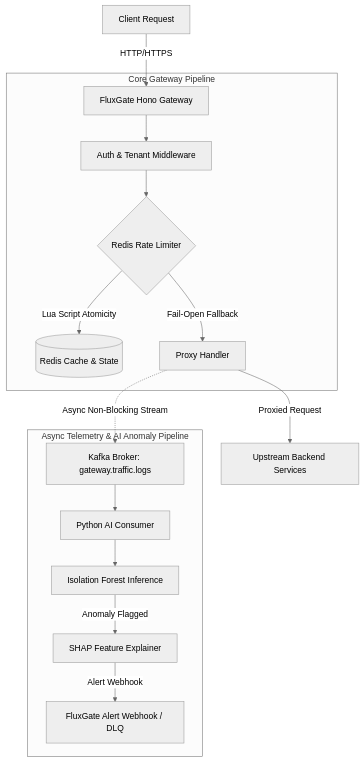
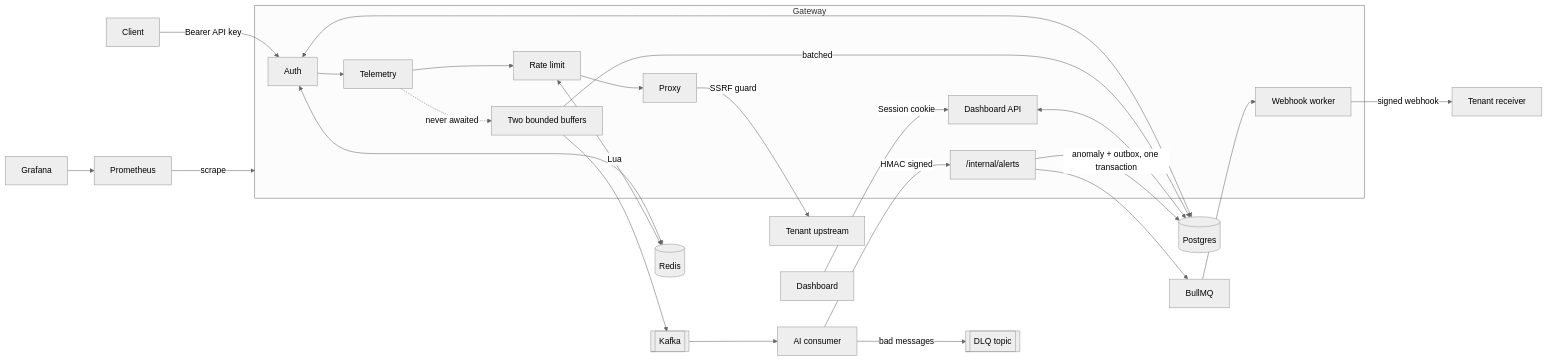
Before and after one commit to StrawHat-Luffyyy/fluxgate: the diagram in README.md, drawn with Mermaid (neutral theme). The commit also changed other lines of this file and 21 other files, not shown here.

````diff
--- a/README.md
+++ b/README.md
@@ -9,21 +28,30 @@
 ```mermaid
-flowchart TD
-    Client[Client Request] -->|HTTP/HTTPS| Gateway[FluxGate Hono Gateway]
-    
-    subgraph Core Gateway Pipeline
-        Gateway --> Auth[Auth & Tenant Middleware]
-        Auth --> RateLimiter{Redis Rate Limiter}
-        RateLimiter -->|Lua Script Atomicity| Redis[(Redis Cache & State)]
-        RateLimiter -->|Fail-Open Fallback| Proxy[Proxy Handler]
+flowchart LR
+    Client -->|Bearer API key| Auth
+    Browser[Dashboard] -->|Session cookie| API[Dashboard API]
+
+    subgraph Gateway
+        Auth --> Telemetry --> Limit[Rate limit] --> Proxy
+        Telemetry -.->|never awaited| Buffers[Two bounded buffers]
+        API
+        Internal["/internal/alerts"]
+        Worker[Webhook worker]
     end
 
-    Proxy -->|Proxied Request| Upstream[Upstream Backend Services]
-    
-    subgraph Async Telemetry & AI Anomaly Pipeline
-        Proxy -.->|Async Non-Blocking Stream| Kafka[Kafka Broker: gateway.traffic.logs]
-        Kafka --> PythonConsumer[Python AI Consumer]
-        PythonConsumer --> IsoForest[Isolation Forest Inference]
-        IsoForest -->|Anomaly Flagged| SHAP[SHAP Feature Explainer]
-        SHAP -->|Alert Webhook| InternalAlerts[FluxGate Alert Webhook / DLQ]
-    end
+    Auth <--> Redis[(Redis)]
+    Auth <--> PG[(Postgres)]
+    Limit <-->|Lua| Redis
+    Proxy -->|SSRF guard| Upstream[Tenant upstream]
+    Buffers -->|batched| PG
+    Buffers --> Kafka[[Kafka]]
+    API <--> PG
+    Kafka --> Consumer[AI consumer]
+    Consumer -->|HMAC signed| Internal
+    Consumer -->|bad messages| DLQ[[DLQ topic]]
+    Internal -->|anomaly + outbox, one transaction| PG
+    Internal --> Queue[BullMQ]
+    Queue --> Worker
+    Worker -->|signed webhook| Receiver[Tenant receiver]
+    Prometheus -->|scrape| Gateway
+    Grafana --> Prometheus
 ```
````
